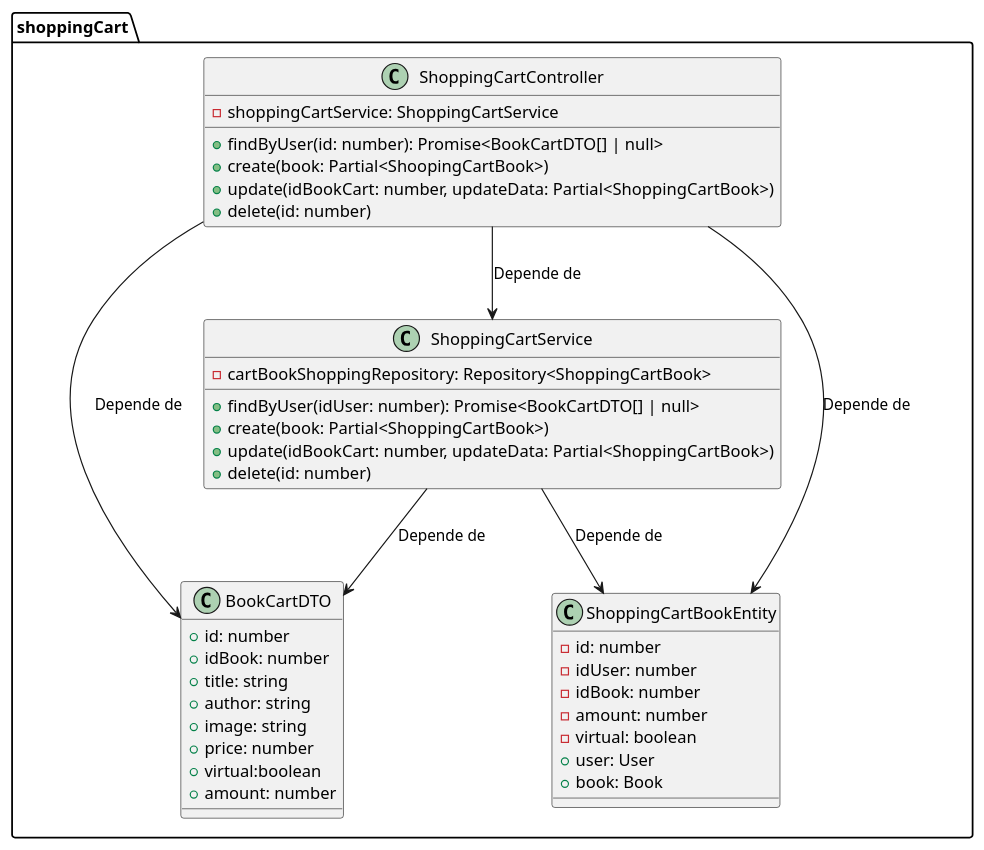
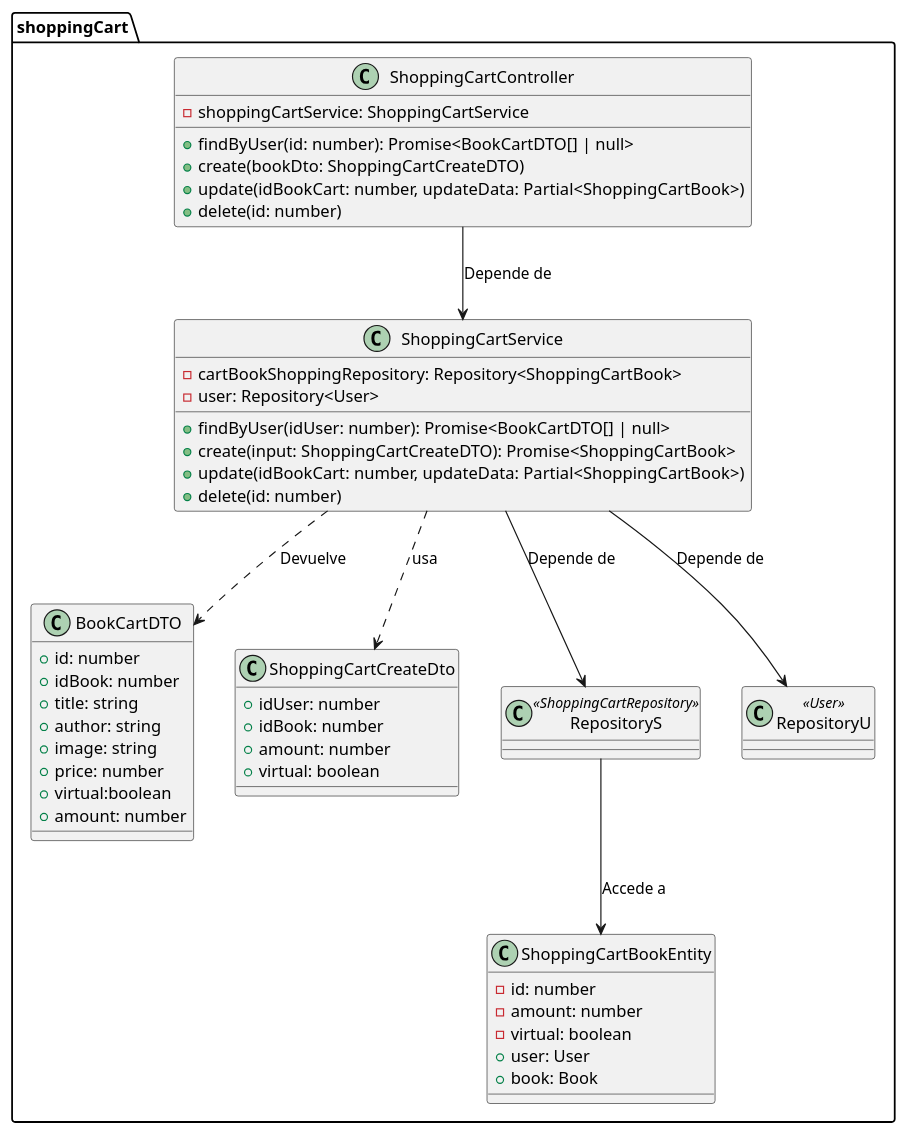
Before and after one commit to LucasFrey-tech/Biblioteca: the diagram in documentacion/Diagrama de Clases/shoppingCart/ShoppingCart.puml, drawn with PlantUML. The commit also changed 18 other files, not shown here.

Commit message:
Diagramas

```diff
--- a/documentacion/Diagrama de Clases/shoppingCart/ShoppingCart.puml
+++ b/documentacion/Diagrama de Clases/shoppingCart/ShoppingCart.puml
@@ -1,51 +1,69 @@
 @startuml
 
 package shoppingCart {
     class ShoppingCartController {
         - shoppingCartService: ShoppingCartService
 
         + findByUser(id: number): Promise<BookCartDTO[] | null>
-        + create(book: Partial<ShoopingCartBook>)
+        + create(bookDto: ShoppingCartCreateDTO)
         + update(idBookCart: number, updateData: Partial<ShoppingCartBook>)
         + delete(id: number)
     }
 
     class ShoppingCartService {
         - cartBookShoppingRepository: Repository<ShoppingCartBook>
+        - user: Repository<User>
 
         + findByUser(idUser: number): Promise<BookCartDTO[] | null>
-        + create(book: Partial<ShoppingCartBook>)
+        + create(input: ShoppingCartCreateDTO): Promise<ShoppingCartBook>
         + update(idBookCart: number, updateData: Partial<ShoppingCartBook>)
         + delete(id: number)
     }
 
     class BookCartDTO {
         + id: number
         + idBook: number
         + title: string
         + author: string
         + image: string
         + price: number
         + virtual:boolean
         + amount: number
     }
 
     class ShoppingCartBookEntity {
         - id: number
-        - idUser: number
-        - idBook: number
         - amount: number
         - virtual: boolean
         + user: User
         + book: Book
     }
 
+
+    class ShoppingCartCreateDto {
+        + idUser: number
+        + idBook: number
+        + amount: number
+        + virtual: boolean
+    }
+
+    class RepositoryS<<ShoppingCartRepository>>{
+
+    }
+
+    class RepositoryU<<User>> {
+
+    }
+
 }
 
 ' Relaciones
-ShoppingCartService --> ShoppingCartBookEntity : Depende de
 ShoppingCartController --> ShoppingCartService : Depende de
-ShoppingCartController --> ShoppingCartBookEntity : Depende de
-ShoppingCartController --> BookCartDTO : Depende de
-ShoppingCartService --> BookCartDTO : Depende de
+ShoppingCartService --> RepositoryS : Depende de
+ShoppingCartService --> RepositoryU : Depende de
+RepositoryS --> ShoppingCartBookEntity : Accede a
+
+ShoppingCartService ..> BookCartDTO : Devuelve
+
+ShoppingCartService ..> ShoppingCartCreateDto : usa
 @enduml
```
